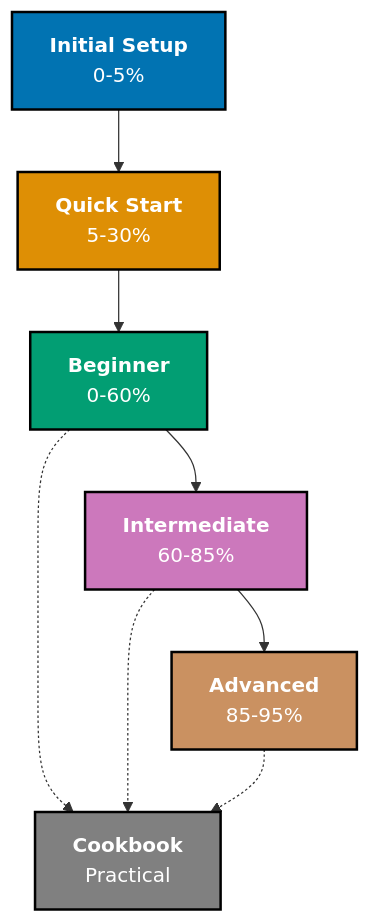
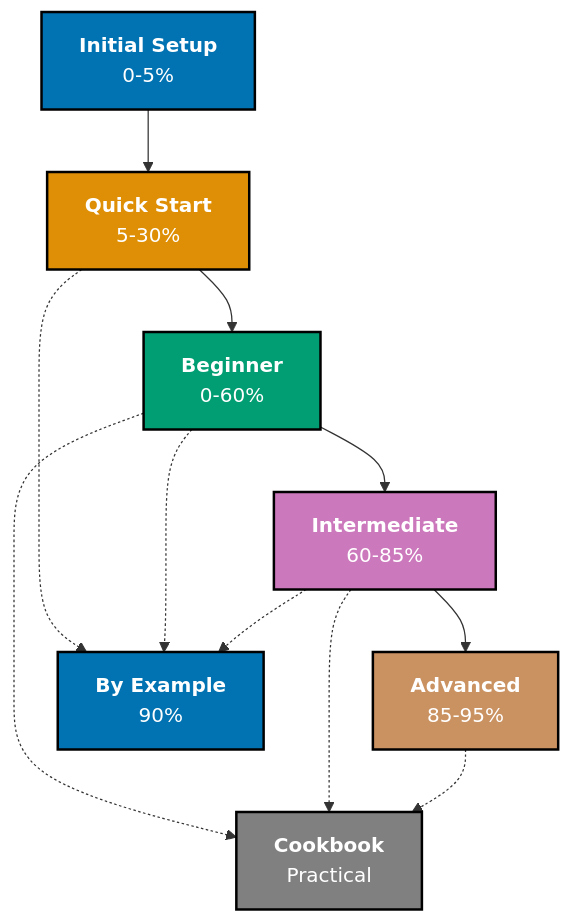
One commit to wahidyankf/open-sharia-enterprise changed the first of 2 diagrams in docs/explanation/conventions/ex-co__tutorial-naming.md. Above: the diagram before and after it, drawn with Mermaid. The commit also changed other lines of this file and 5 other files, not shown here.

````diff
--- a/docs/explanation/conventions/ex-co__tutorial-naming.md
+++ b/docs/explanation/conventions/ex-co__tutorial-naming.md
@@ -41,26 +41,32 @@
 ```mermaid
 %% Color palette: Blue #0173B2, Orange #DE8F05, Teal #029E73, Purple #CC78BC, Brown #CA9161
 graph TB
 	A["<b>Initial Setup</b><br/>0-5%"]
 	B["<b>Quick Start</b><br/>5-30%"]
 	C["<b>Beginner</b><br/>0-60%"]
 	D["<b>Intermediate</b><br/>60-85%"]
 	E["<b>Advanced</b><br/>85-95%"]
 	F["<b>Cookbook</b><br/>Practical"]
+	G["<b>By Example</b><br/>90%"]
 
 	A --> B
 	B --> C
 	C --> D
 	D --> E
 
 	C -.-> F
 	D -.-> F
 	E -.-> F
 
+	B -.-> G
+	C -.-> G
+	D -.-> G
+
 	style A fill:#0173B2,stroke:#000000,color:#FFFFFF,stroke-width:2px
 	style B fill:#DE8F05,stroke:#000000,color:#FFFFFF,stroke-width:2px
 	style C fill:#029E73,stroke:#000000,color:#FFFFFF,stroke-width:2px
 	style D fill:#CC78BC,stroke:#000000,color:#FFFFFF,stroke-width:2px
 	style E fill:#CA9161,stroke:#000000,color:#FFFFFF,stroke-width:2px
 	style F fill:#808080,stroke:#000000,color:#FFFFFF,stroke-width:2px
+	style G fill:#0173B2,stroke:#000000,color:#FFFFFF,stroke-width:2px
 ```
````
